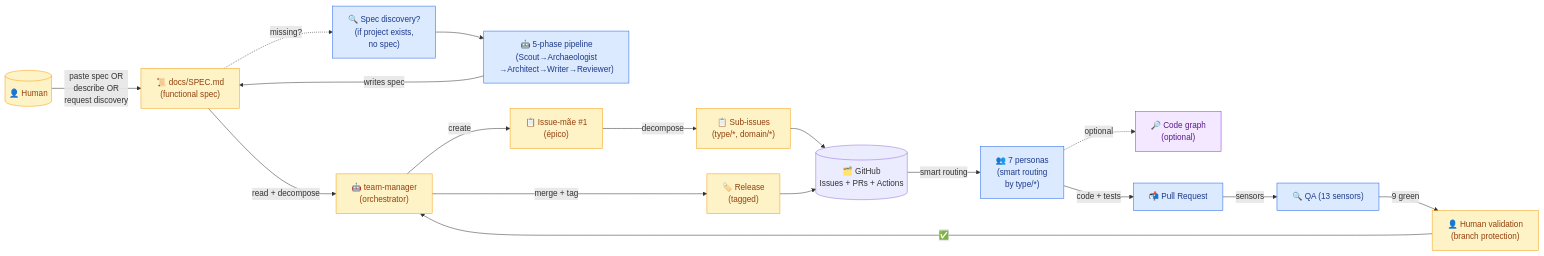
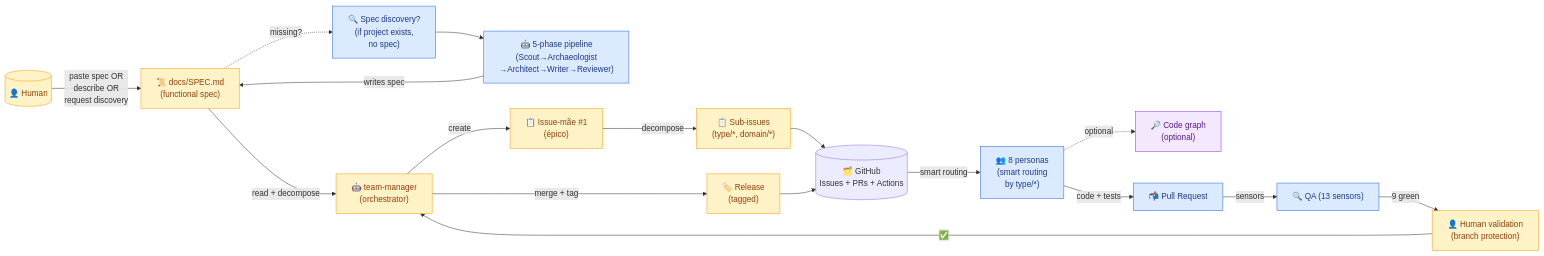
The first of 6 diagrams in README.md (brenonaraujo/git-meta-harness), drawn with Mermaid before and after one commit. The commit also changed other lines of this file and 19 other files, not shown here.

````diff
--- a/README.md
+++ b/README.md
@@ -56,43 +56,43 @@
 ```mermaid
 flowchart LR
     H[("👤 Human")]
     SPEC["📜 docs/SPEC.md<br/>(functional spec)"]
     DISCOVER["🔍 Spec discovery?<br/>(if project exists,<br/>no spec)"]
     REVERSA["🤖 5-phase pipeline<br/>(Scout→Archaeologist<br/>→Architect→Writer→Reviewer)"]
     TM["🤖 team-manager<br/>(orchestrator)"]
     EPIC["📋 Issue-mãe #1<br/>(épico)"]
     SUB["📋 Sub-issues<br/>(type/*, domain/*)"]
     GH[("🗂️ GitHub<br/>Issues + PRs + Actions")]
-    P["👥 7 personas<br/>(smart routing<br/>by type/*)"]
+    P["👥 8 personas<br/>(smart routing<br/>by type/*)"]
     CG["🔎 Code graph<br/>(optional)"]
     PR["📬 Pull Request"]
     QA["🔍 QA (13 sensors)"]
     HVAL["👤 Human validation<br/>(branch protection)"]
     REL["🏷️ Release<br/>(tagged)"]
 
     H -->|"paste spec OR<br/>describe OR<br/>request discovery"| SPEC
     SPEC -.->|"missing?"| DISCOVER
     DISCOVER --> REVERSA
     REVERSA -->|"writes spec"| SPEC
     SPEC -->|"read + decompose"| TM
     TM -->|"create"| EPIC
     EPIC -->|"decompose"| SUB
     SUB --> GH
     GH -->|"smart routing"| P
     P -.->|"optional"| CG
     P -->|"code + tests"| PR
     PR -->|"sensors"| QA
     QA -->|"9 green"| HVAL
     HVAL -->|"✅"| TM
     TM -->|"merge + tag"| REL
     REL --> GH
 
     classDef user fill:#fef3c7,stroke:#f59e0b,color:#92400e
     classDef tm fill:#fef3c7,stroke:#f59e0b,color:#92400e
     classDef data fill:#f3e8ff,stroke:#9333ea,color:#581c87
     classDef tools fill:#dbeafe,stroke:#2563eb,color:#1e3a8a
     class H,SPEC,HVAL user
     class TM,EPIC,SUB,REL tm
     class DISCOVER,REVERSA,P,PR,QA tools
     class CG data
 ```
````
